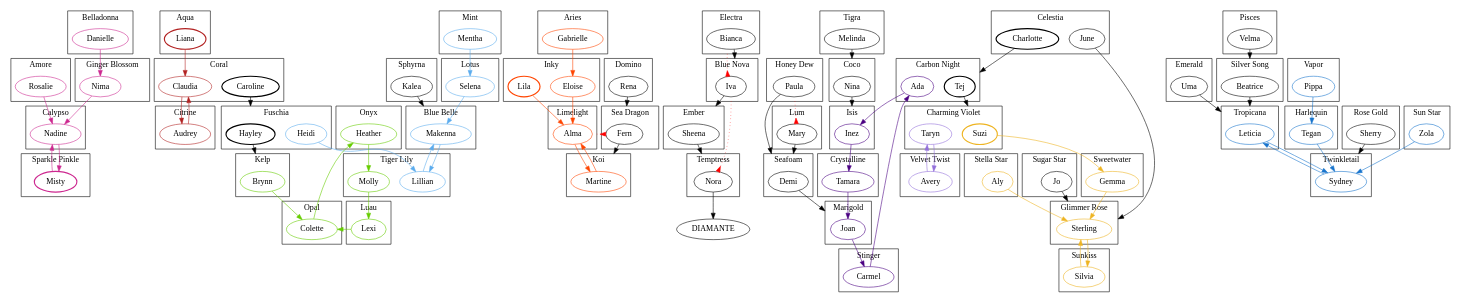
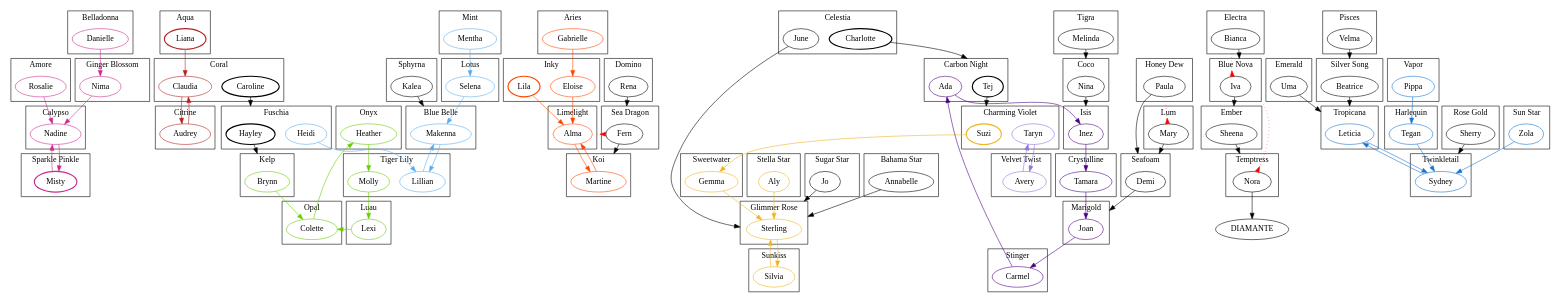
The diagram in Mermaids.dot (besslwalker/crowdstar-graphs), drawn with Graphviz before and after one commit.

Commit message:
Added Bahama Star mermaid.
Seriously, where are these names coming from?  Sun Star and Stella
Star kinda made sense.  Sugar Star was at least alliterative.
But Bahama Star?  I just don't get it.

```diff
--- a/Mermaids.dot
+++ b/Mermaids.dot
@@ -18,6 +18,12 @@
         Gabrielle [color = orangered];
     }
     Gabrielle -> Eloise [color = orangered];
+    
+    subgraph clusterBahamaStar {
+        label = "Bahama Star";
+        Annabelle;
+    }
+    Annabelle -> Sterling [lhead = clusterGlimmerRose];
     
     subgraph clusterBelladonna {
         label = Belladonna;
```
